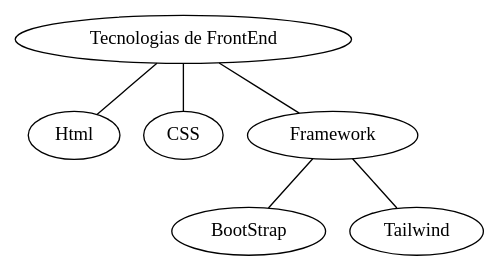
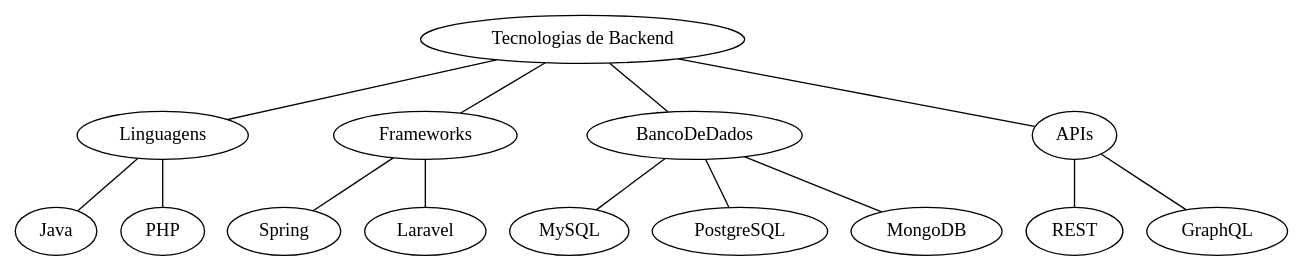
Before and after one commit to davigledson/graph_studies: the diagram in q1_2_trilha_conhecimento.dot, drawn with Graphviz. The commit also changed 16 other files, not shown here.

```diff
--- a/q1_2_trilha_conhecimento.dot
+++ b/q1_2_trilha_conhecimento.dot
@@ -1,9 +1,24 @@
-graph trila_de_conhecimento {
-    FrontEnd [label="Tecnologias de FrontEnd"];
-     FrontEnd  -- Html;
-     FrontEnd  -- CSS;
-     FrontEnd  -- Framework;
-    Framework -- BootStrap;
-    Framework -- Tailwind;
-     
+graph trilha_de_conhecimento {
+
+    Backend [label="Tecnologias de Backend"];
+
+    Backend -- Linguagens;
+    Backend -- Frameworks;
+    Backend -- BancoDeDados;
+    Backend -- APIs;
+
+    Linguagens -- Java;
+    Linguagens -- PHP;
+ 
+    Frameworks -- Spring;
+    Frameworks -- Laravel;
+   
+
+    BancoDeDados -- MySQL;
+    BancoDeDados -- PostgreSQL;
+    BancoDeDados -- MongoDB;
+
+    APIs -- REST;
+    APIs -- GraphQL;
+
 }
```
